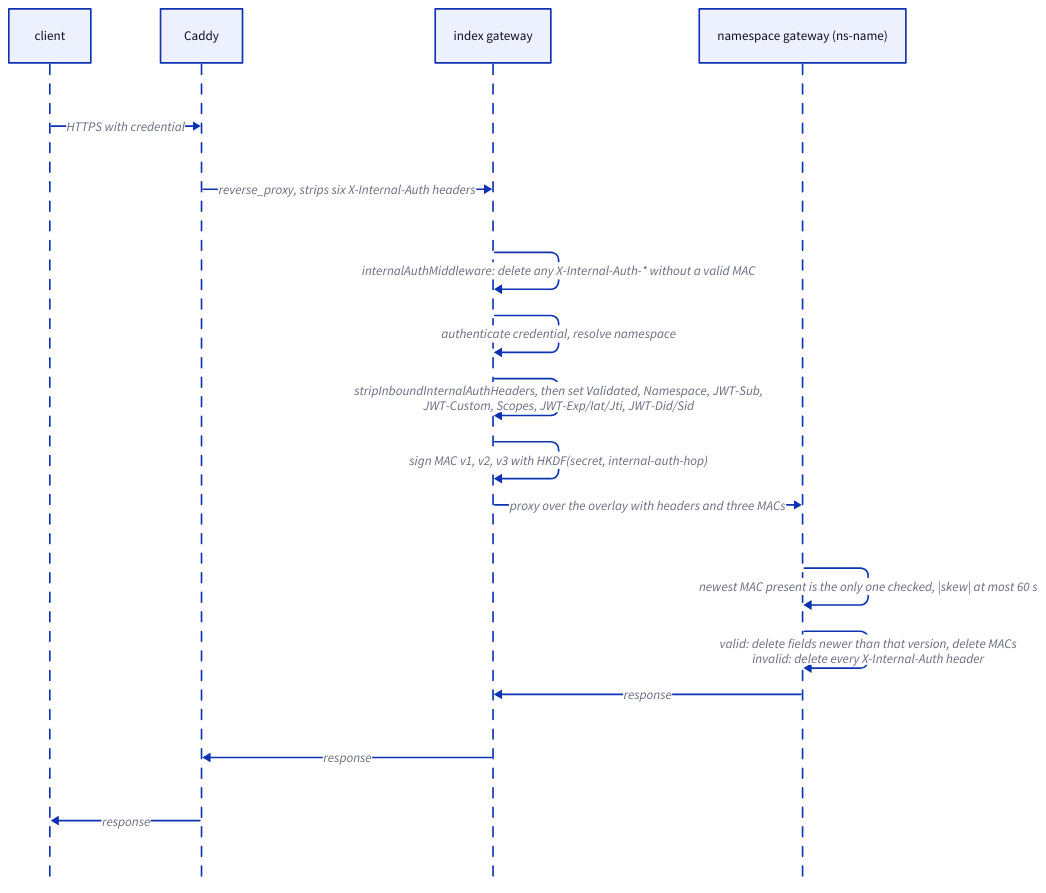
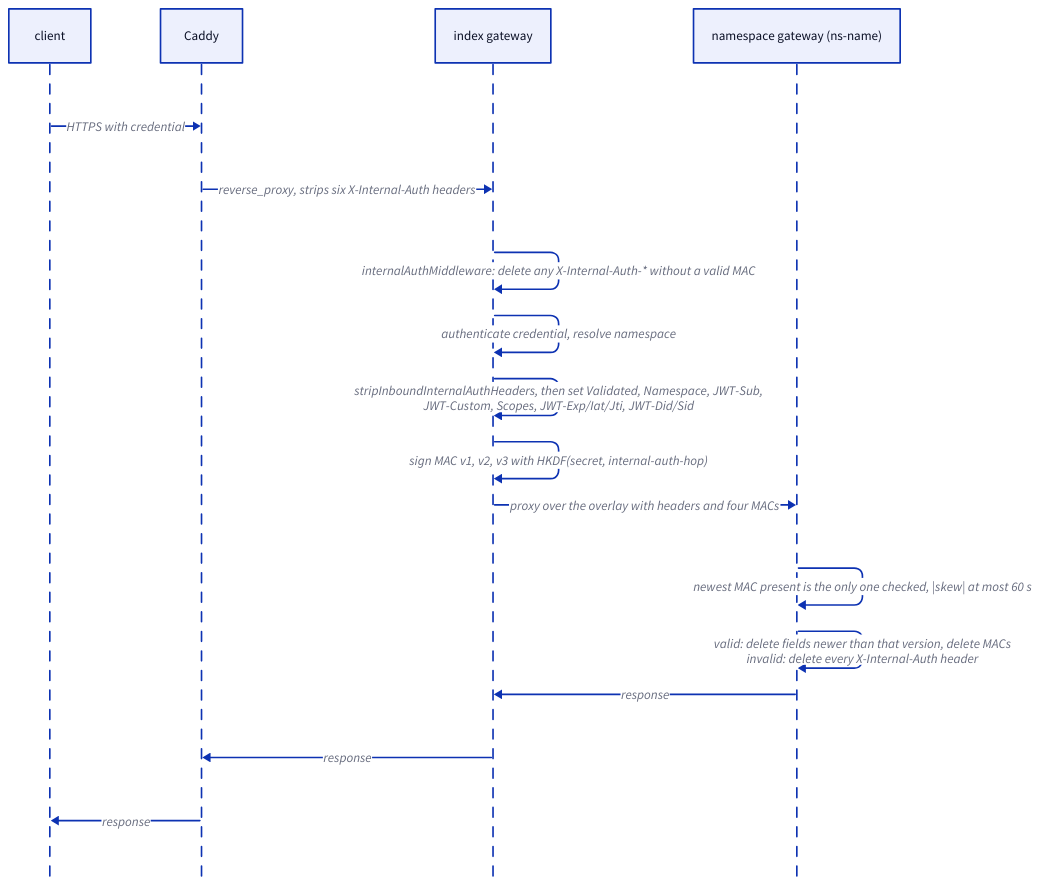
One commit to DeBrosOfficial/network changed the diagram in docs/whitepaper/technical-reference/diagrams/ch15-hop.d2. Above: the diagram before and after it, drawn with D2. The commit also changed 42 other files, not shown here.

```diff
--- a/docs/whitepaper/technical-reference/diagrams/ch15-hop.d2
+++ b/docs/whitepaper/technical-reference/diagrams/ch15-hop.d2
@@ -1,19 +1,19 @@
 shape: sequence_diagram
 
 cl: "client"
 ca: "Caddy"
 ix: "index gateway"
 ns: "namespace gateway (ns-name)"
 
 cl -> ca: "HTTPS with credential"
 ca -> ix: "reverse_proxy, strips six X-Internal-Auth headers"
 ix -> ix: "internalAuthMiddleware: delete any X-Internal-Auth-* without a valid MAC"
 ix -> ix: "authenticate credential, resolve namespace"
 ix -> ix: "stripInboundInternalAuthHeaders, then set Validated, Namespace, JWT-Sub,\nJWT-Custom, Scopes, JWT-Exp/Iat/Jti, JWT-Did/Sid"
 ix -> ix: "sign MAC v1, v2, v3 with HKDF(secret, internal-auth-hop)"
-ix -> ns: "proxy over the overlay with headers and three MACs"
+ix -> ns: "proxy over the overlay with headers and four MACs"
 ns -> ns: "newest MAC present is the only one checked, |skew| at most 60 s"
 ns -> ns: "valid: delete fields newer than that version, delete MACs\ninvalid: delete every X-Internal-Auth header"
 ns -> ix: "response"
 ix -> ca: "response"
 ca -> cl: "response"
```
